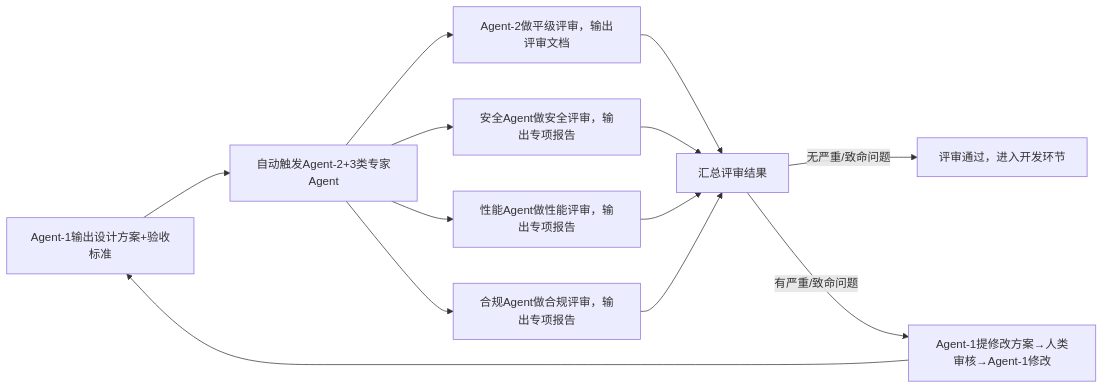
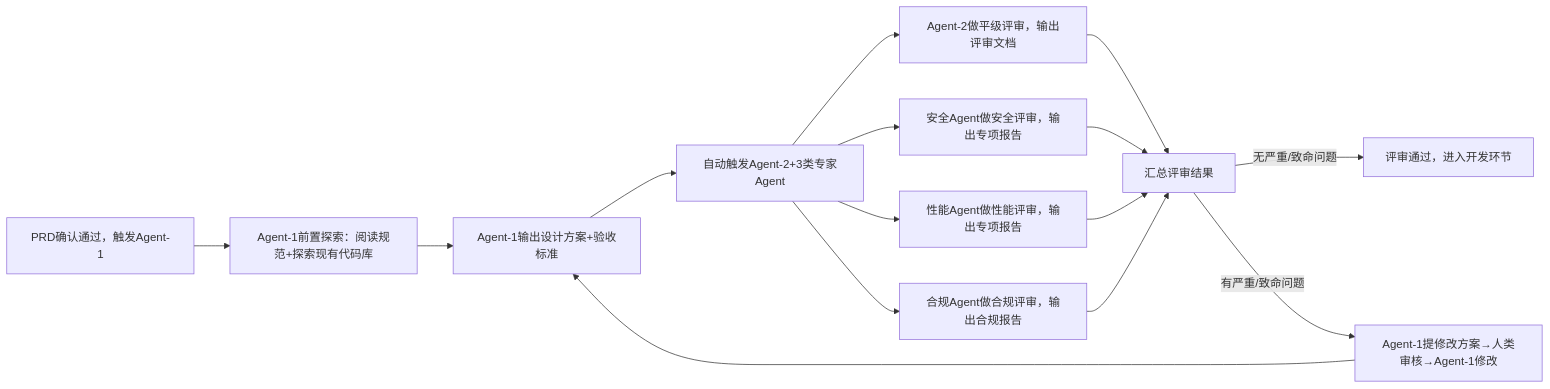
One commit to nomand-zc/agent-harness-engineering changed the diagram in docs/architecture-design-review.md. Above: the diagram before and after it, drawn with Mermaid. The commit also changed other lines of this file and 14 other files, not shown here.

````diff
--- a/docs/architecture-design-review.md
+++ b/docs/architecture-design-review.md
@@ -85,12 +111,14 @@
 ```mermaid
 flowchart LR
-    A[Agent-1输出设计方案+验收标准] --> B[自动触发Agent-2+3类专家Agent]
+    T[PRD确认通过，触发Agent-1] --> E[Agent-1前置探索：阅读规范+探索现有代码库]
+    E --> A[Agent-1输出设计方案+验收标准]
+    A --> B[自动触发Agent-2+3类专家Agent]
     B --> C[Agent-2做平级评审，输出评审文档]
     B --> D[安全Agent做安全评审，输出专项报告]
-    B --> E[性能Agent做性能评审，输出专项报告]
-    B --> F[合规Agent做合规评审，输出专项报告]
-    C & D & E & F --> G[汇总评审结果]
+    B --> P[性能Agent做性能评审，输出专项报告]
+    B --> F[合规Agent做合规评审，输出合规报告]
+    C & D & P & F --> G[汇总评审结果]
     G -->|无严重/致命问题| H[评审通过，进入开发环节]
     G -->|有严重/致命问题| I[Agent-1提修改方案→人类审核→Agent-1修改]
     I --> A
 ```
````
